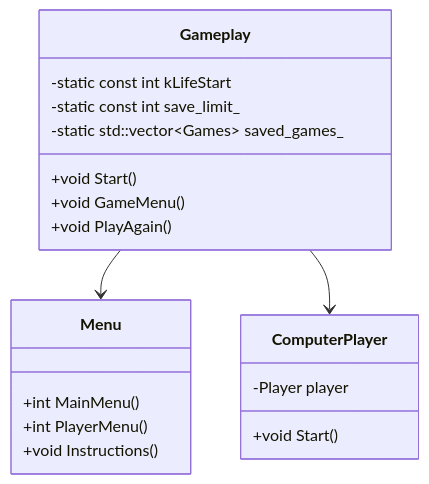
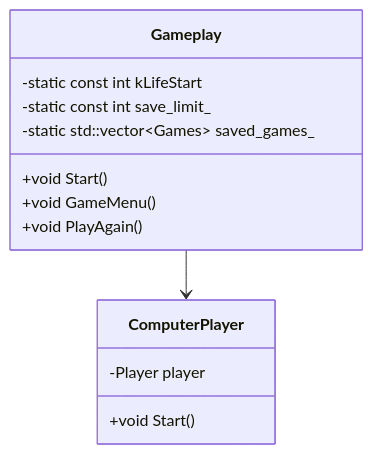
The second of 2 diagrams in README.md (quiyetbrul/Mastermind), drawn with Mermaid before and after one commit. The commit also changed other lines of this file, not shown here.

````diff
--- a/README.md
+++ b/README.md
@@ -71,26 +75,19 @@
 ```mermaid
 classDiagram
     class Gameplay {
         +void Start()
         +void GameMenu()
         +void PlayAgain()
         -static const int kLifeStart
         -static const int save_limit_
         -static std::vector~Games~ saved_games_
     }
 
     class ComputerPlayer {
         +void Start()
         -Player player
     }
 
-    class Menu {
-        +int MainMenu()
-        +int PlayerMenu()
-        +void Instructions()
-    }
-
-    Gameplay --> Menu
     Gameplay --> ComputerPlayer
 end
 ```
````
